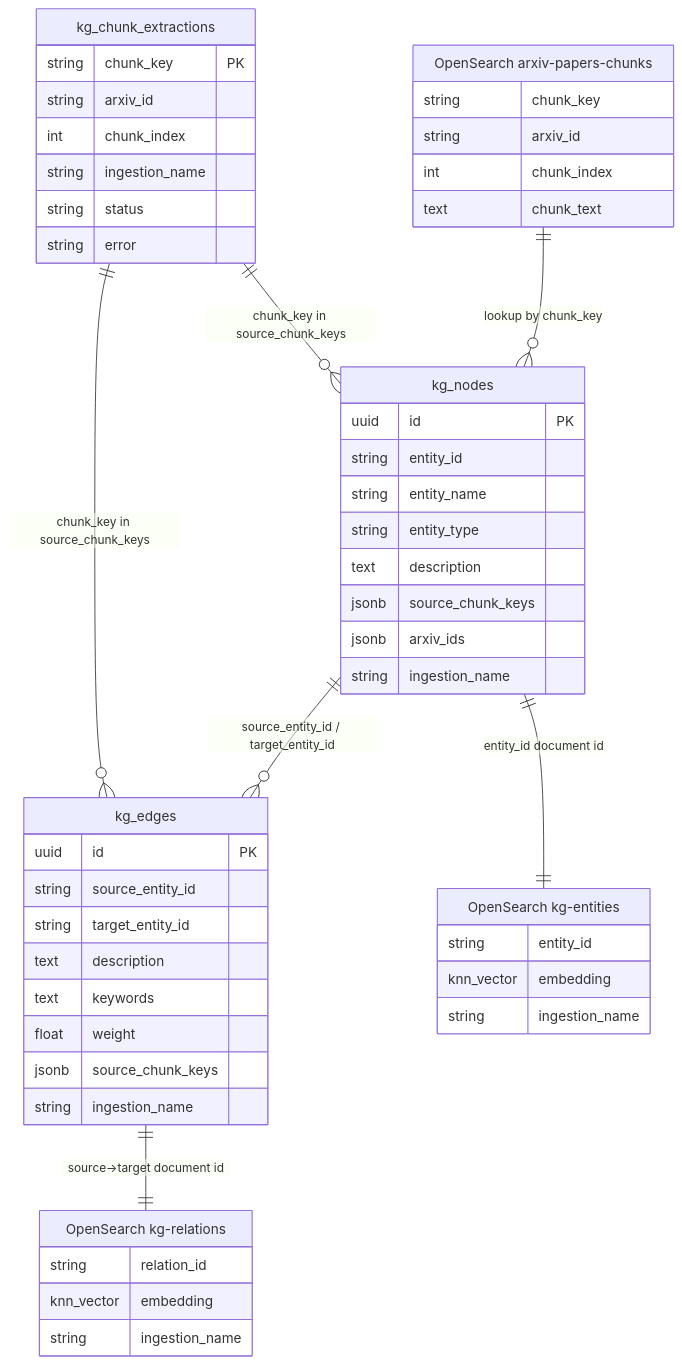
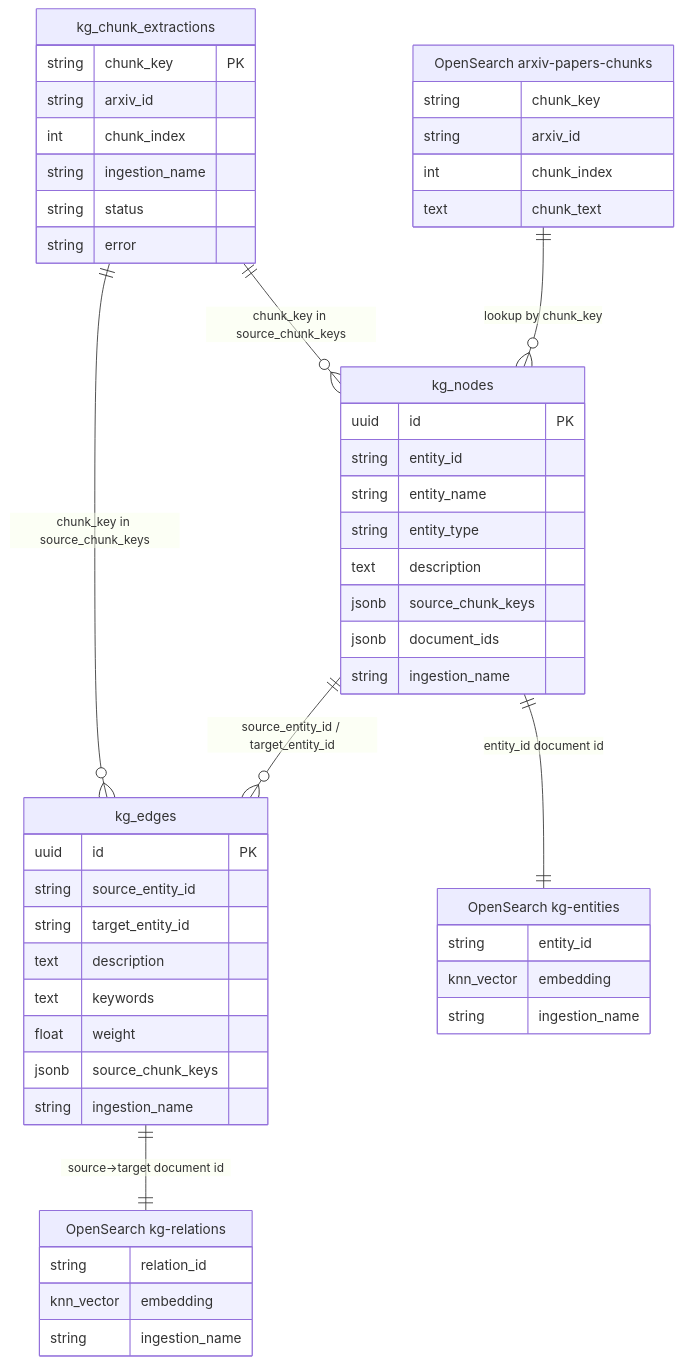
Before and after one commit to apssouza22/production-rag: the third of 11 diagrams in docs/knowledge-graph.md, drawn with Mermaid. The commit also changed other lines of this file and 23 other files, not shown here.

````diff
--- a/docs/knowledge-graph.md
+++ b/docs/knowledge-graph.md
@@ -90,54 +90,54 @@
 ```mermaid
 erDiagram
     kg_chunk_extractions {
         string chunk_key PK
         string arxiv_id
         int chunk_index
         string ingestion_name
         string status
         string error
     }
     kg_nodes {
         uuid id PK
         string entity_id
         string entity_name
         string entity_type
         text description
         jsonb source_chunk_keys
-        jsonb arxiv_ids
+        jsonb document_ids
         string ingestion_name
     }
     kg_edges {
         uuid id PK
         string source_entity_id
         string target_entity_id
         text description
         text keywords
         float weight
         jsonb source_chunk_keys
         string ingestion_name
     }
     hybrid_chunks["OpenSearch arxiv-papers-chunks"] {
         string chunk_key
         string arxiv_id
         int chunk_index
         text chunk_text
     }
     os_entities["OpenSearch kg-entities"] {
         string entity_id
         knn_vector embedding
         string ingestion_name
     }
     os_relations["OpenSearch kg-relations"] {
         string relation_id
         knn_vector embedding
         string ingestion_name
     }
 
     kg_chunk_extractions ||--o{ kg_nodes : "chunk_key in source_chunk_keys"
     kg_chunk_extractions ||--o{ kg_edges : "chunk_key in source_chunk_keys"
     kg_nodes ||--o{ kg_edges : "source_entity_id / target_entity_id"
     kg_nodes ||--|| os_entities : "entity_id document id"
     kg_edges ||--|| os_relations : "source->target document id"
     hybrid_chunks ||--o{ kg_nodes : "lookup by chunk_key"
 ```
````
